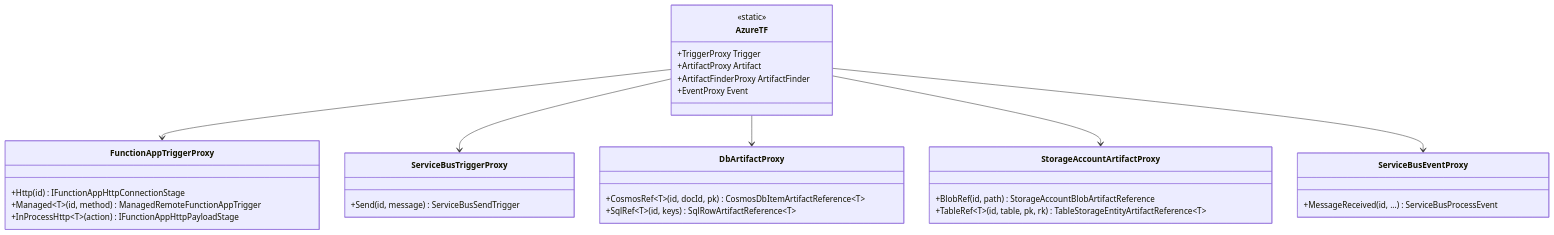
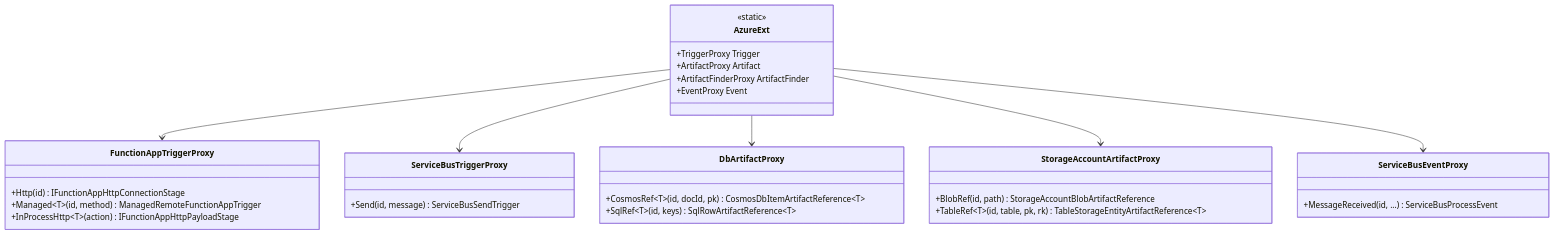
The fourth of 17 diagrams in Documentation/Arc42.md (DeadMoon0/TestFramework-Azure), drawn with Mermaid before and after one commit. The commit also changed other lines of this file and 28 other files, not shown here.

````diff
--- a/Documentation/Arc42.md
+++ b/Documentation/Arc42.md
@@ -217,34 +217,34 @@
 ```mermaid
 classDiagram
-    class AzureTF {
+    class AzureExt {
         <<static>>
         +TriggerProxy Trigger
         +ArtifactProxy Artifact
         +ArtifactFinderProxy ArtifactFinder
         +EventProxy Event
     }
     class FunctionAppTriggerProxy {
         +Http(id) IFunctionAppHttpConnectionStage
         +Managed~T~(id, method) ManagedRemoteFunctionAppTrigger
         +InProcessHttp~T~(action) IFunctionAppHttpPayloadStage
     }
     class ServiceBusTriggerProxy {
         +Send(id, message) ServiceBusSendTrigger
     }
     class DbArtifactProxy {
         +CosmosRef~T~(id, docId, pk) CosmosDbItemArtifactReference~T~
         +SqlRef~T~(id, keys) SqlRowArtifactReference~T~
     }
     class StorageAccountArtifactProxy {
         +BlobRef(id, path) StorageAccountBlobArtifactReference
         +TableRef~T~(id, table, pk, rk) TableStorageEntityArtifactReference~T~
     }
     class ServiceBusEventProxy {
         +MessageReceived(id, ...) ServiceBusProcessEvent
     }
-    AzureTF --> FunctionAppTriggerProxy
-    AzureTF --> ServiceBusTriggerProxy
-    AzureTF --> DbArtifactProxy
-    AzureTF --> StorageAccountArtifactProxy
-    AzureTF --> ServiceBusEventProxy
+    AzureExt --> FunctionAppTriggerProxy
+    AzureExt --> ServiceBusTriggerProxy
+    AzureExt --> DbArtifactProxy
+    AzureExt --> StorageAccountArtifactProxy
+    AzureExt --> ServiceBusEventProxy
 ```
````
